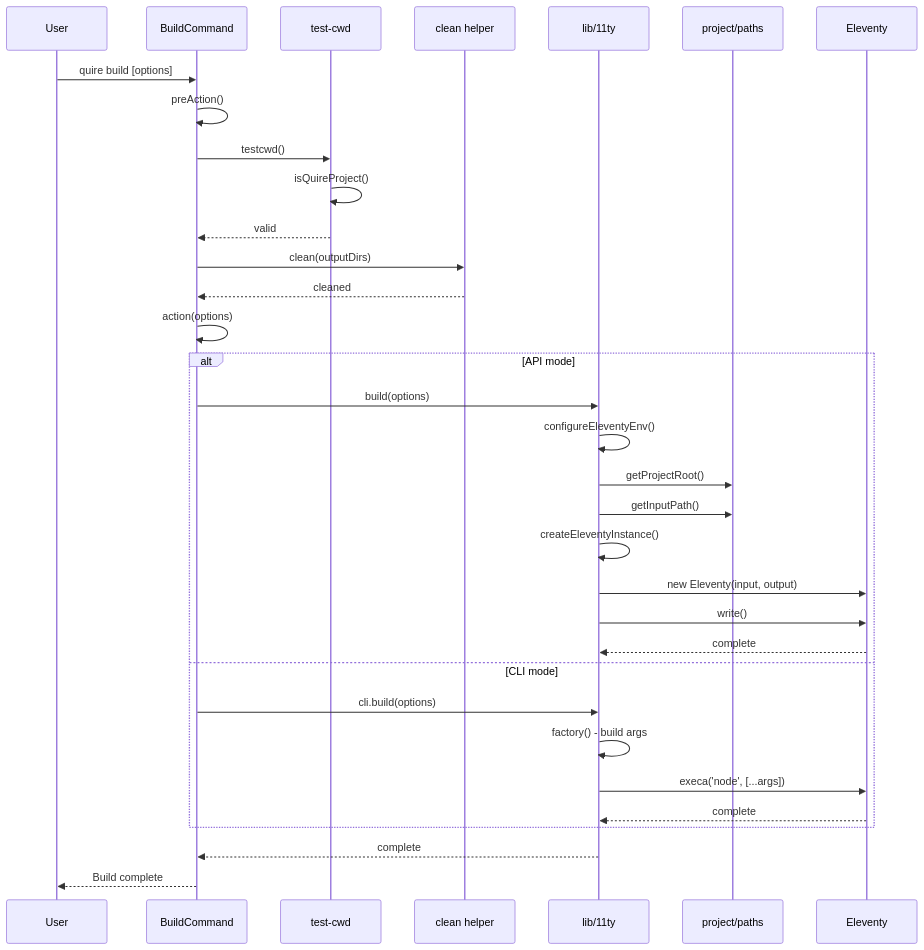
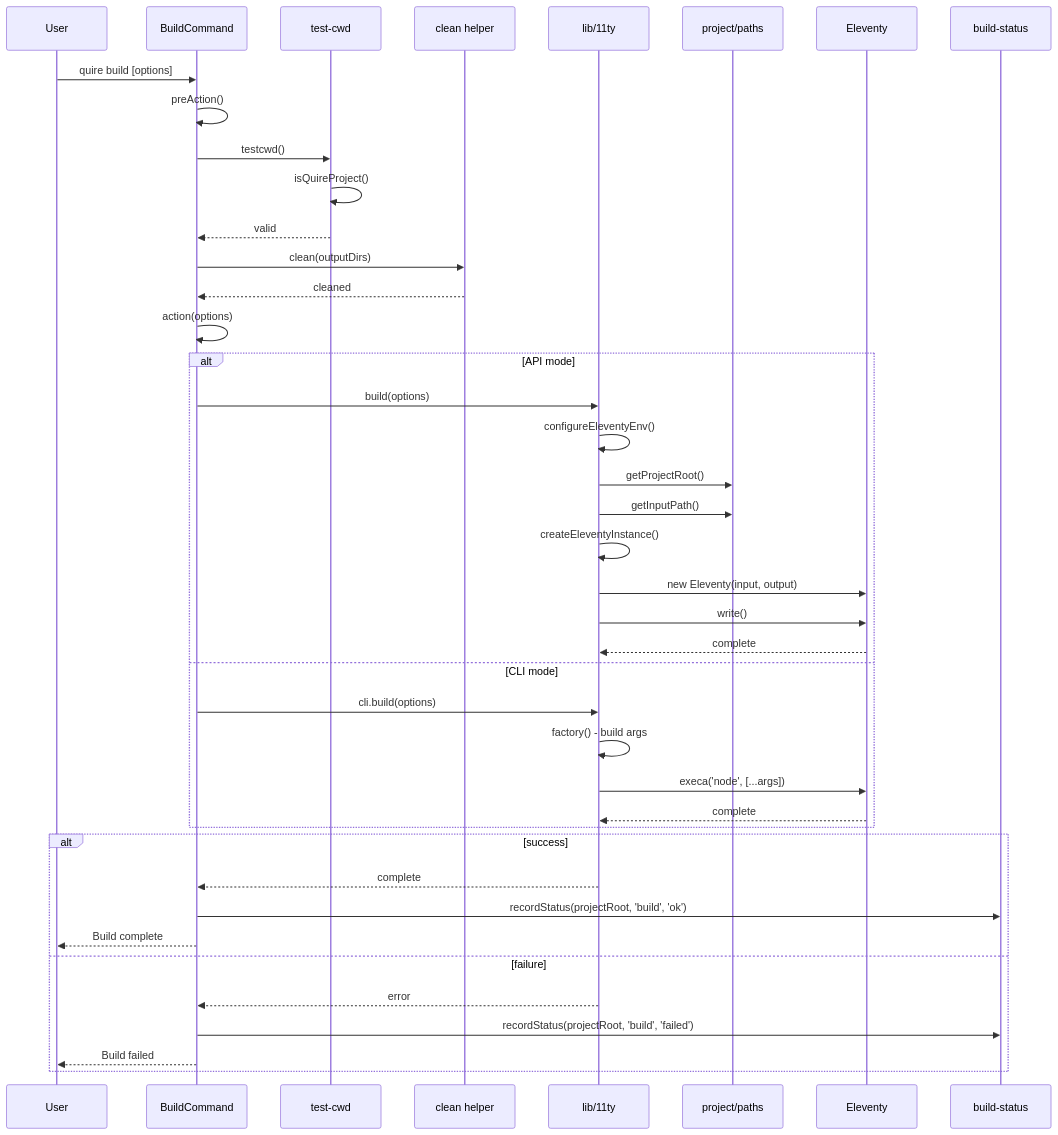
One commit to thegetty/quire changed the fourth of 8 diagrams in packages/cli/docs/cli-architecture.md. Above: the diagram before and after it, drawn with Mermaid. The commit also changed other lines of this file and 85 other files, not shown here.

````diff
--- a/packages/cli/docs/cli-architecture.md
+++ b/packages/cli/docs/cli-architecture.md
@@ -280,41 +374,49 @@
 ```mermaid
 sequenceDiagram
     participant User
     participant CLI as BuildCommand
     participant Helper as test-cwd
     participant Clean as clean helper
     participant 11ty as lib/11ty
     participant Paths as project/paths
     participant Eleventy as Eleventy
+    participant Status as build-status
 
     User->>CLI: quire build [options]
 
     CLI->>CLI: preAction()
     CLI->>Helper: testcwd()
     Helper->>Helper: isQuireProject()
     Helper-->>CLI: valid
 
     CLI->>Clean: clean(outputDirs)
     Clean-->>CLI: cleaned
 
     CLI->>CLI: action(options)
 
     alt API mode
         CLI->>11ty: build(options)
         11ty->>11ty: configureEleventyEnv()
         11ty->>Paths: getProjectRoot()
         11ty->>Paths: getInputPath()
         11ty->>11ty: createEleventyInstance()
         11ty->>Eleventy: new Eleventy(input, output)
         11ty->>Eleventy: write()
         Eleventy-->>11ty: complete
     else CLI mode
         CLI->>11ty: cli.build(options)
         11ty->>11ty: factory() - build args
         11ty->>Eleventy: execa('node', [...args])
         Eleventy-->>11ty: complete
     end
 
-    11ty-->>CLI: complete
-    CLI-->>User: Build complete
+    alt success
+        11ty-->>CLI: complete
+        CLI->>Status: recordStatus(projectRoot, 'build', 'ok')
+        CLI-->>User: Build complete
+    else failure
+        11ty-->>CLI: error
+        CLI->>Status: recordStatus(projectRoot, 'build', 'failed')
+        CLI-->>User: Build failed
+    end
 ```
````
